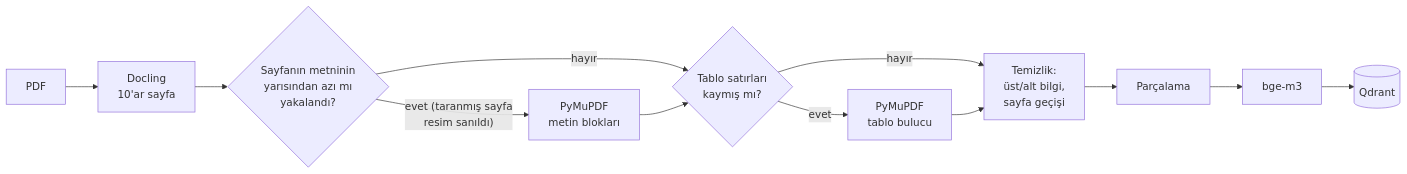
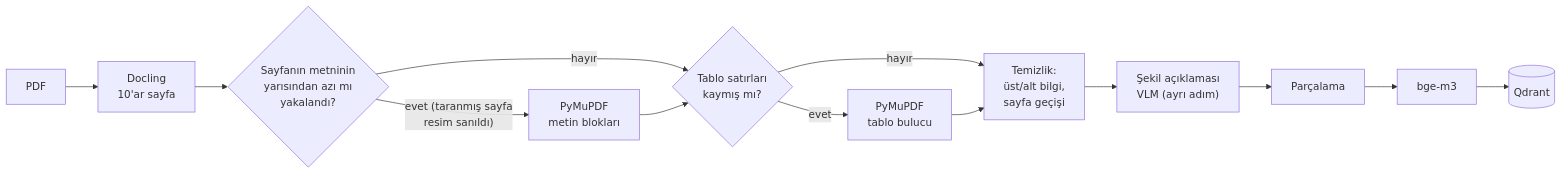
The second of 10 diagrams in MIMARI.md (zelihaguven/visual_agent), drawn with Mermaid before and after one commit. The commit also changed other lines of this file and 3 other files, not shown here.

````diff
--- a/MIMARI.md
+++ b/MIMARI.md
@@ -91,14 +95,15 @@
 ```mermaid
 flowchart LR
     PDF["PDF"] --> DOC["Docling<br/>10'ar sayfa"]
     DOC --> KAP{"Sayfanın metninin<br/>yarısından azı mı<br/>yakalandı?"}
     KAP -- "evet (taranmış sayfa<br/>resim sanıldı)" --> MU["PyMuPDF<br/>metin blokları"]
     KAP -- "hayır" --> TAB{"Tablo satırları<br/>kaymış mı?"}
     MU --> TAB
     TAB -- "evet" --> MT["PyMuPDF<br/>tablo bulucu"]
     TAB -- "hayır" --> TEM
     MT --> TEM["Temizlik:<br/>üst/alt bilgi,<br/>sayfa geçişi"]
-    TEM --> CH["Parçalama"]
+    TEM --> FG["Şekil açıklaması<br/>VLM (ayrı adım)"]
+    FG --> CH["Parçalama"]
     CH --> EMB["bge-m3"]
     EMB --> QD[("Qdrant")]
 ```
````
